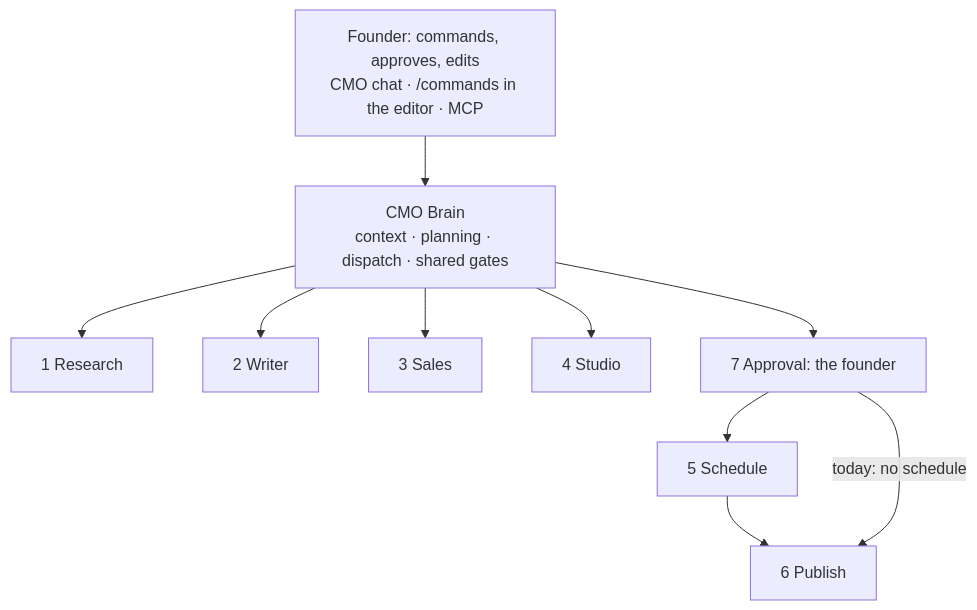
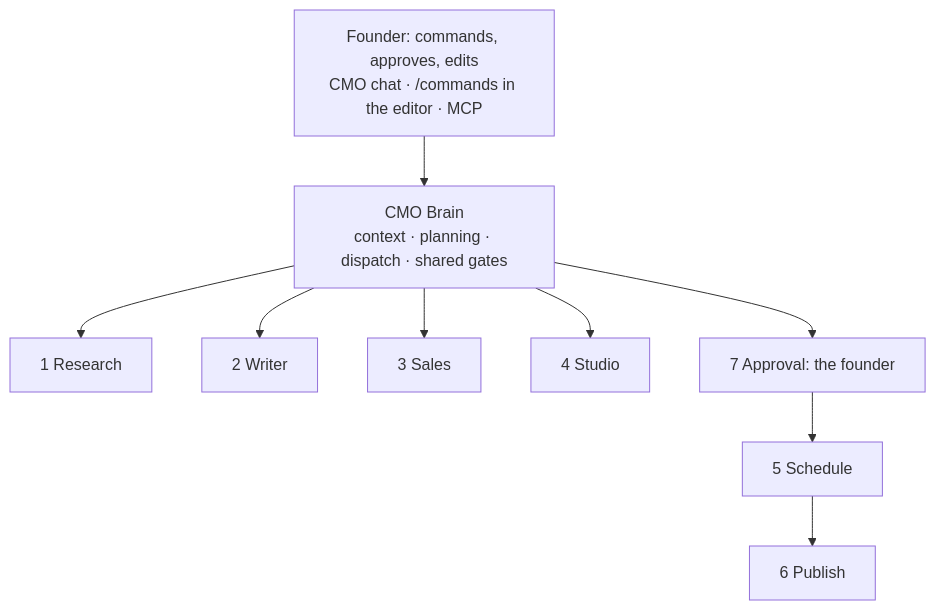
The diagram in docs/architecture/ai-cmo.md (marcus-legia/opencmo), drawn with Mermaid before and after one commit. The commit also changed other lines of this file and 3 other files, not shown here.

````diff
--- a/docs/architecture/ai-cmo.md
+++ b/docs/architecture/ai-cmo.md
@@ -15,9 +16,8 @@
 ```mermaid
 flowchart TB
   F["Founder: commands, approves, edits<br/>CMO chat · /commands in the editor · MCP"] --> B
   B["CMO Brain<br/>context · planning · dispatch · shared gates"]
   B --> R[1 Research] & W[2 Writer] & S[3 Sales] & ST[4 Studio]
   B --> A[7 Approval: the founder]
   A --> SC[5 Schedule] --> P[6 Publish]
-  A -->|today: no schedule| P
 ```
````
